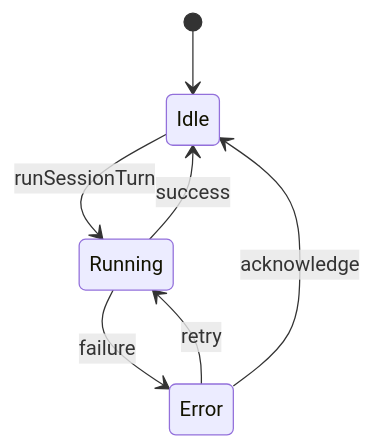
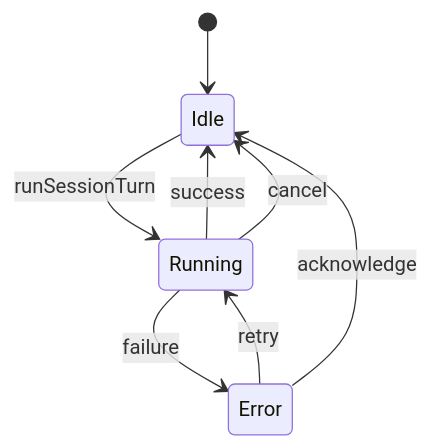
One commit to natumekazuki/WithMate changed the diagram in docs/design/session-run-lifecycle.md. Above: the diagram before and after it, drawn with Mermaid. The commit also changed other lines of this file and 13 other files, not shown here.

````diff
--- a/docs/design/session-run-lifecycle.md
+++ b/docs/design/session-run-lifecycle.md
@@ -21,9 +22,10 @@
 ```mermaid
 stateDiagram-v2
     [*] --> Idle
     Idle --> Running: runSessionTurn
     Running --> Idle: success
+    Running --> Idle: cancel
     Running --> Error: failure
     Error --> Running: retry
     Error --> Idle: acknowledge
 ```
````
